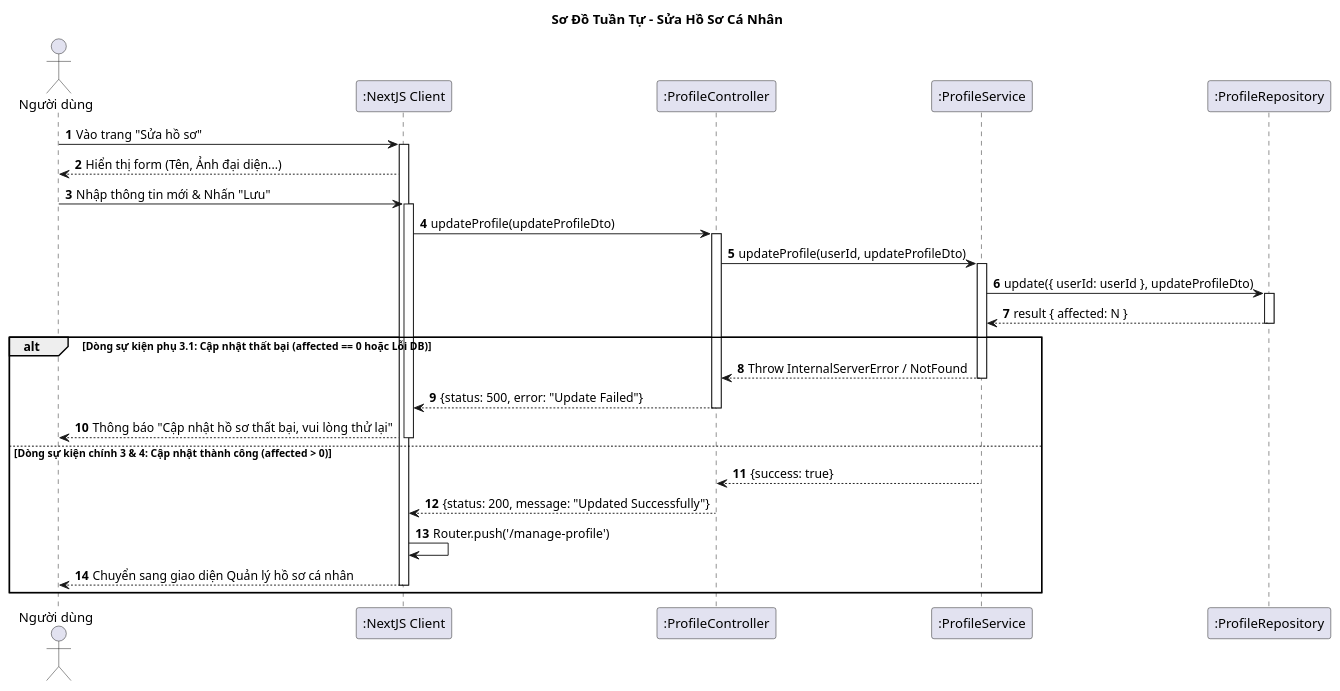
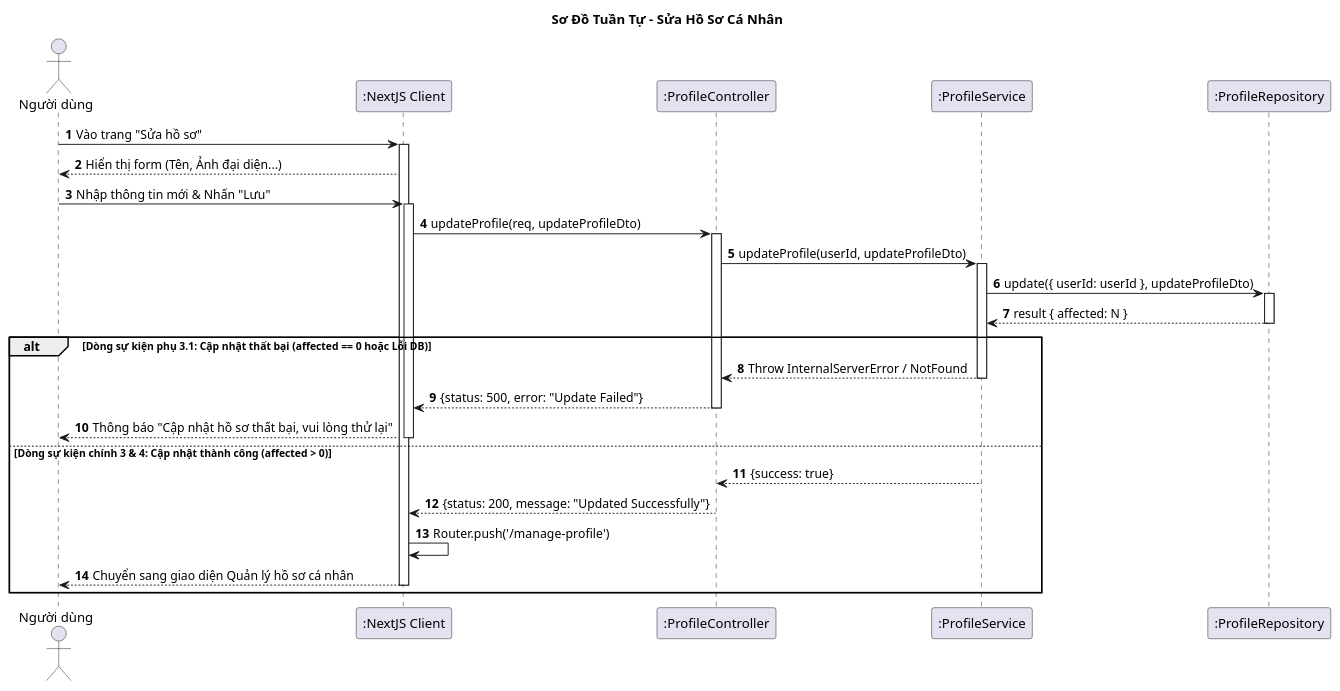
Before and after one commit to vinh047/soundwave: the diagram in Diagrams/SequenceDiagram/EditProfileSD.plantuml, drawn with PlantUML. The commit also changed 20 other files, not shown here.

```diff
--- a/Diagrams/SequenceDiagram/EditProfileSD.plantuml
+++ b/Diagrams/SequenceDiagram/EditProfileSD.plantuml
@@ -1,66 +1,66 @@
 @startuml Sequence Diagram - Sửa Hồ Sơ Cá Nhân
 
 title Sơ Đồ Tuần Tự - Sửa Hồ Sơ Cá Nhân 
 
 actor "Người dùng" as User
 participant ":NextJS Client" as UI
 participant ":ProfileController" as Controller
 participant ":ProfileService" as Service
 participant ":ProfileRepository" as DB
 
 autonumber
 
 ' === BƯỚC 1: HIỂN THỊ FORM ===
 ' (Dòng sự kiện chính 1)
 User -> UI: Vào trang "Sửa hồ sơ"
 activate UI
 UI --> User: Hiển thị form (Tên, Ảnh đại diện...)
 
 ' === BƯỚC 2: GỬI DỮ LIỆU ===
 ' (Dòng sự kiện chính 2)
 User -> UI: Nhập thông tin mới & Nhấn "Lưu"
 activate UI
 
 ' Dùng DTO
-UI -> Controller: updateProfile(updateProfileDto)
+UI -> Controller: updateProfile(req, updateProfileDto)
 activate Controller
 
 ' Lấy userId từ req.user
 Controller -> Service: updateProfile(userId, updateProfileDto)
 activate Service
 
 ' === BƯỚC 3: CẬP NHẬT DB ===
 ' TypeORM: update(criteria, partialEntity)
 Service -> DB: update({ userId: userId }, updateProfileDto)
 activate DB
 DB --> Service: result { affected: N }
 deactivate DB
 
 ' === PHÂN NHÁNH KẾT QUẢ (Main Flow vs Alternative Flow) ===
 alt Dòng sự kiện phụ 3.1: Cập nhật thất bại (affected == 0 hoặc Lỗi DB)
     Service --> Controller: Throw InternalServerError / NotFound
     deactivate Service
     
     Controller --> UI: {status: 500, error: "Update Failed"}
     deactivate Controller
     
     ' [KHỚP ĐẶC TẢ 3.1]
     UI --> User: Thông báo "Cập nhật hồ sơ thất bại, vui lòng thử lại"
     deactivate UI
 
 else Dòng sự kiện chính 3 & 4: Cập nhật thành công (affected > 0)
     ' Đã activate Service ở trên
     Service --> Controller: {success: true}
     deactivate Service
     
     Controller --> UI: {status: 200, message: "Updated Successfully"}
     deactivate Controller
     
     ' === BƯỚC 4: CHUYỂN GIAO DIỆN ===
     ' Client tự điều hướng
     UI -> UI: Router.push('/manage-profile')
     
     UI --> User: Chuyển sang giao diện Quản lý hồ sơ cá nhân
     deactivate UI
 end
 @enduml
```
